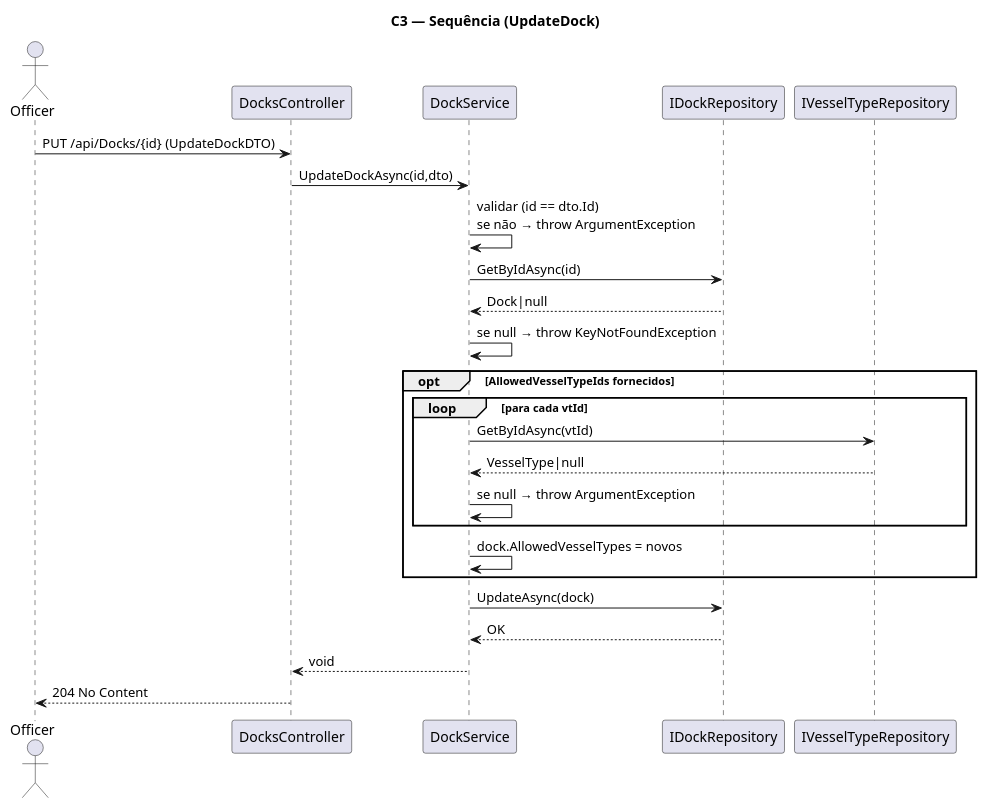
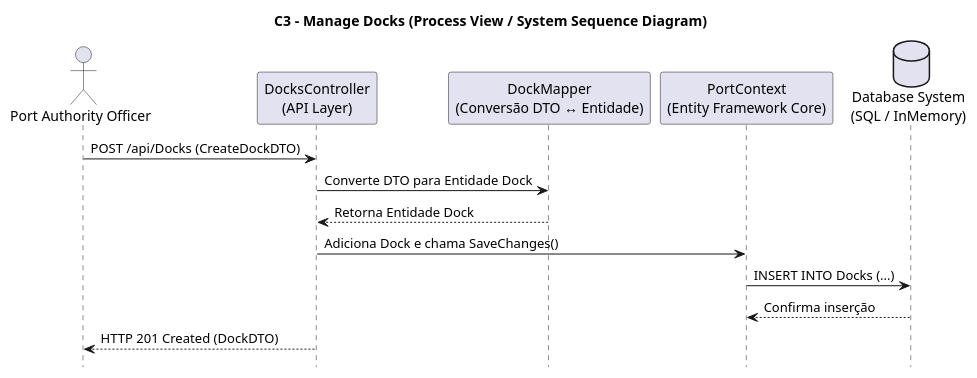
The diagram in Docs/Sprint A/US 2.2.3/Modelo c4/C3_Processos.puml (Departamento-de-Engenharia-Informatica/LEI-SEM5-PI-2025-26-3DM-03), drawn with PlantUML before and after one commit. The commit also changed other lines of this file and 35 other files, not shown here.

```diff
--- a/Docs/Sprint A/US 2.2.3/Modelo c4/C3_Processos.puml
+++ b/Docs/Sprint A/US 2.2.3/Modelo c4/C3_Processos.puml
@@ -1,28 +1,19 @@
-@startuml C3_Processos
-title C3 — Sequência (UpdateDock)
+@startuml C3_Manage_Docks_Process_View
+title C3 – Manage Docks (Process View / System Sequence Diagram)
+hide footbox
 
-actor Officer
-participant Controller as "DocksController"
-participant Service as "DockService"
-participant Repo as "IDockRepository"
-participant VT as "IVesselTypeRepository"
+actor "Port Authority Officer" as Officer
+participant "DocksController\n(API Layer)" as Controller
+participant "DockMapper\n(Conversão DTO ↔ Entidade)" as Mapper
+participant "PortContext\n(Entity Framework Core)" as Context
+database "Database System\n(SQL / InMemory)" as DB
 
-Officer -> Controller: PUT /api/Docks/{id} (UpdateDockDTO)
-Controller -> Service: UpdateDockAsync(id,dto)
-Service -> Service: validar (id == dto.Id)\nse não → throw ArgumentException
-Service -> Repo: GetByIdAsync(id)
-Repo --> Service: Dock|null
-Service -> Service: se null → throw KeyNotFoundException
-opt AllowedVesselTypeIds fornecidos
-  loop para cada vtId
-    Service -> VT: GetByIdAsync(vtId)
-    VT --> Service: VesselType|null
-    Service -> Service: se null → throw ArgumentException
-  end
-  Service -> Service: dock.AllowedVesselTypes = novos
-end
-Service -> Repo: UpdateAsync(dock)
-Repo --> Service: OK
-Service --> Controller: void
-Controller --> Officer: 204 No Content
+Officer -> Controller : POST /api/Docks (CreateDockDTO)
+Controller -> Mapper : Converte DTO para Entidade Dock
+Mapper --> Controller : Retorna Entidade Dock
+Controller -> Context : Adiciona Dock e chama SaveChanges()
+Context -> DB : INSERT INTO Docks (...)
+DB --> Context : Confirma inserção
+Controller --> Officer : HTTP 201 Created (DockDTO)
+
 @enduml
```
